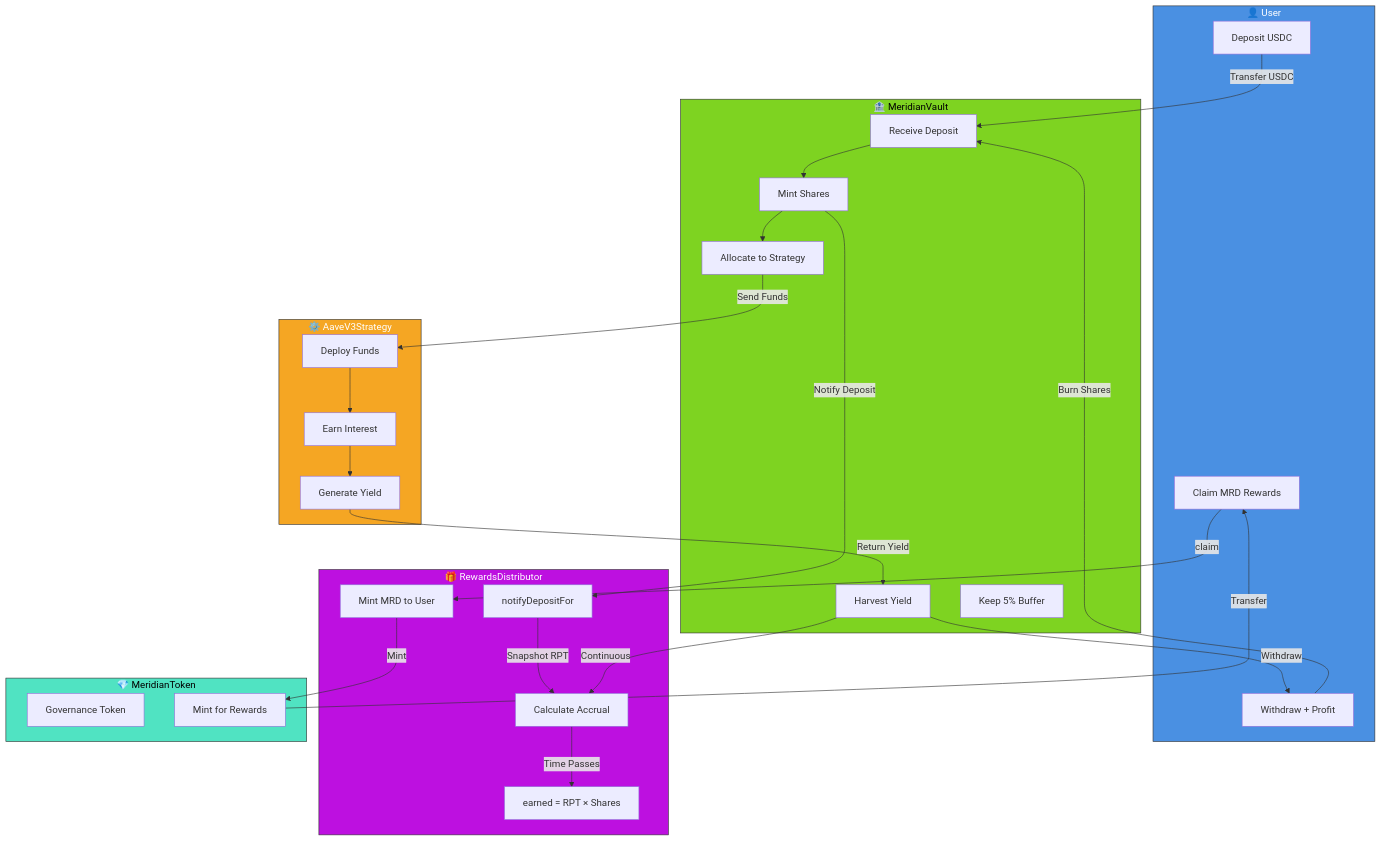
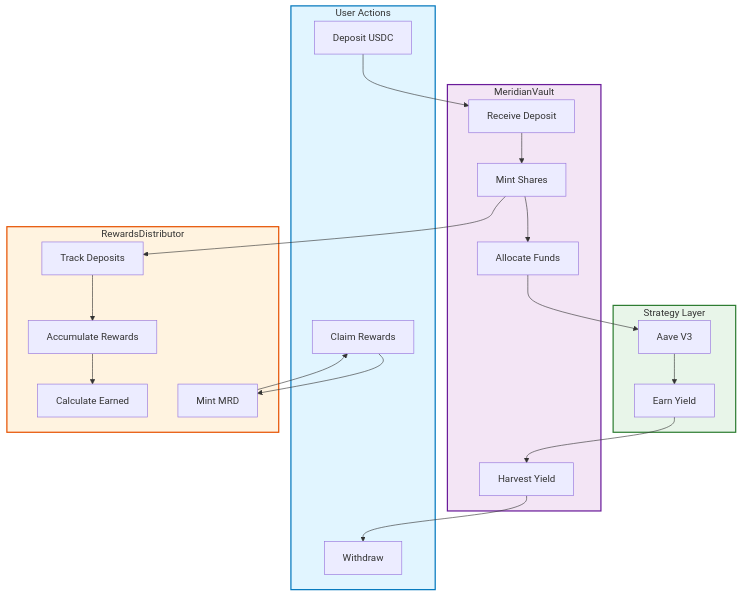
Before and after one commit to Kevil737/meridian-finance-yield-farming: the diagram in README.md, drawn with Mermaid.

Commit message:
docs: Fix mermaid flowchart syntax for GitHub rendering

````diff
--- a/README.md
+++ b/README.md
@@ -37,58 +37,46 @@
 ```mermaid
 graph TB
-    subgraph User["👤 User"]
+    subgraph User["User Actions"]
         A1["Deposit USDC"]
-        A2["Claim MRD Rewards"]
-        A3["Withdraw + Profit"]
+        A2["Claim Rewards"]
+        A3["Withdraw"]
     end
 
-    subgraph Vault["🏦 MeridianVault"]
+    subgraph Vault["MeridianVault"]
         B1["Receive Deposit"]
         B2["Mint Shares"]
-        B3["Allocate to Strategy"]
+        B3["Allocate Funds"]
         B4["Harvest Yield"]
-        B5["Keep 5% Buffer"]
     end
 
-    subgraph Strategy["⚙️ AaveV3Strategy"]
-        C1["Deploy Funds"]
-        C2["Earn Interest"]
-        C3["Generate Yield"]
+    subgraph Strategy["Strategy Layer"]
+        C1["Aave V3"]
+        C2["Earn Yield"]
     end
 
-    subgraph Rewards["🎁 RewardsDistributor"]
-        D1["notifyDepositFor"]
-        D2["Calculate Accrual"]
-        D3["earned = RPT × Shares"]
-        D4["Mint MRD to User"]
+    subgraph Rewards["RewardsDistributor"]
+        D1["Track Deposits"]
+        D2["Accumulate Rewards"]
+        D3["Calculate Earned"]
+        D4["Mint MRD"]
     end
 
-    subgraph Token["💎 MeridianToken"]
-        E1["Governance Token"]
-        E2["Mint for Rewards"]
-    end
+    A1 --> B1
+    B1 --> B2
+    B2 --> B3
+    B3 --> C1
+    C1 --> C2
+    C2 --> B4
+    B2 --> D1
+    D1 --> D2
+    D2 --> D3
+    A2 --> D4
+    D4 --> A2
+    B4 --> A3
 
-    A1 -->|Transfer USDC| B1
-    B1 --> B2
-    B2 -->|Notify Deposit| D1
-    D1 -->|Snapshot RPT| D2
-    B2 --> B3
-    B3 -->|Send Funds| C1
-    C1 --> C2
-    C2 --> C3
-    C3 -->|Return Yield| B4
-    B4 -->|Continuous| D2
-    D2 -->|Time Passes| D3
-    A2 -->|claim| D4
-    D4 -->|Mint| E2
-    E2 -->|Transfer| A2
-    B4 -->|Withdraw| A3
-    A3 -->|Burn Shares| B1
-
-    style User fill:#4A90E2,stroke:#333,color:#fff
-    style Vault fill:#7ED321,stroke:#333,color:#000
-    style Strategy fill:#F5A623,stroke:#333,color:#fff
-    style Rewards fill:#BD10E0,stroke:#333,color:#fff
-    style Token fill:#50E3C2,stroke:#333,color:#000
+    style User fill:#e1f5ff,stroke:#0277bd,stroke-width:2px
+    style Vault fill:#f3e5f5,stroke:#6a1b9a,stroke-width:2px
+    style Strategy fill:#e8f5e9,stroke:#2e7d32,stroke-width:2px
+    style Rewards fill:#fff3e0,stroke:#e65100,stroke-width:2px
 
 ```
````
